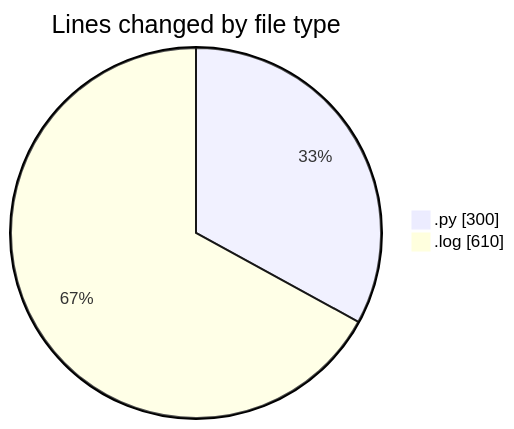
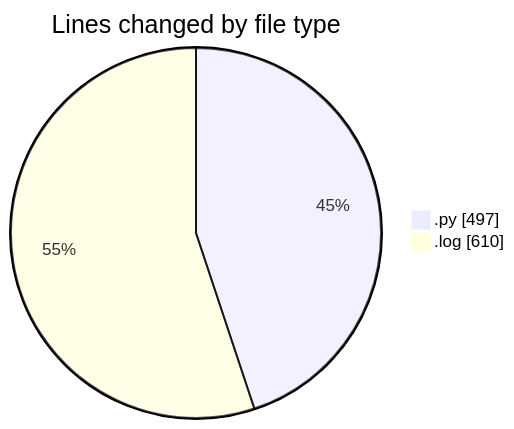
One commit to momahboobian/code-tracking changed the first of 2 diagrams in 2025-05-07/samplepdf/README.md. Above: the diagram before and after it, drawn with Mermaid. The commit also changed other lines of this file and 1 other file, not shown here.

````diff
--- a/2025-05-07/samplepdf/README.md
+++ b/2025-05-07/samplepdf/README.md
@@ -27,6 +27,6 @@
 ```mermaid
 pie showData
 title Lines changed by file type
-".py" : 300
+".py" : 497
 ".log" : 610
 ```
````
